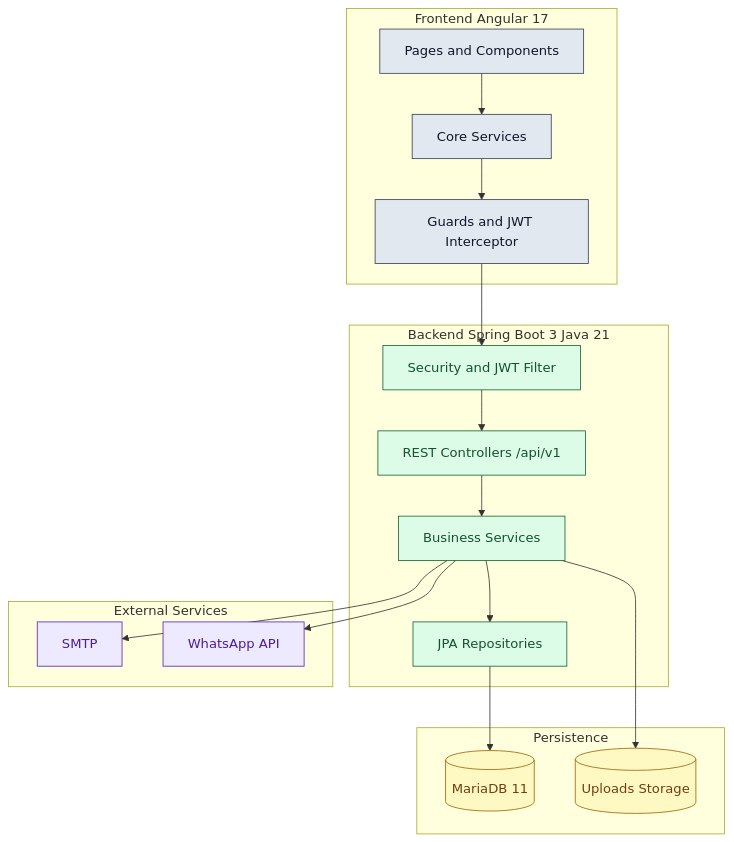
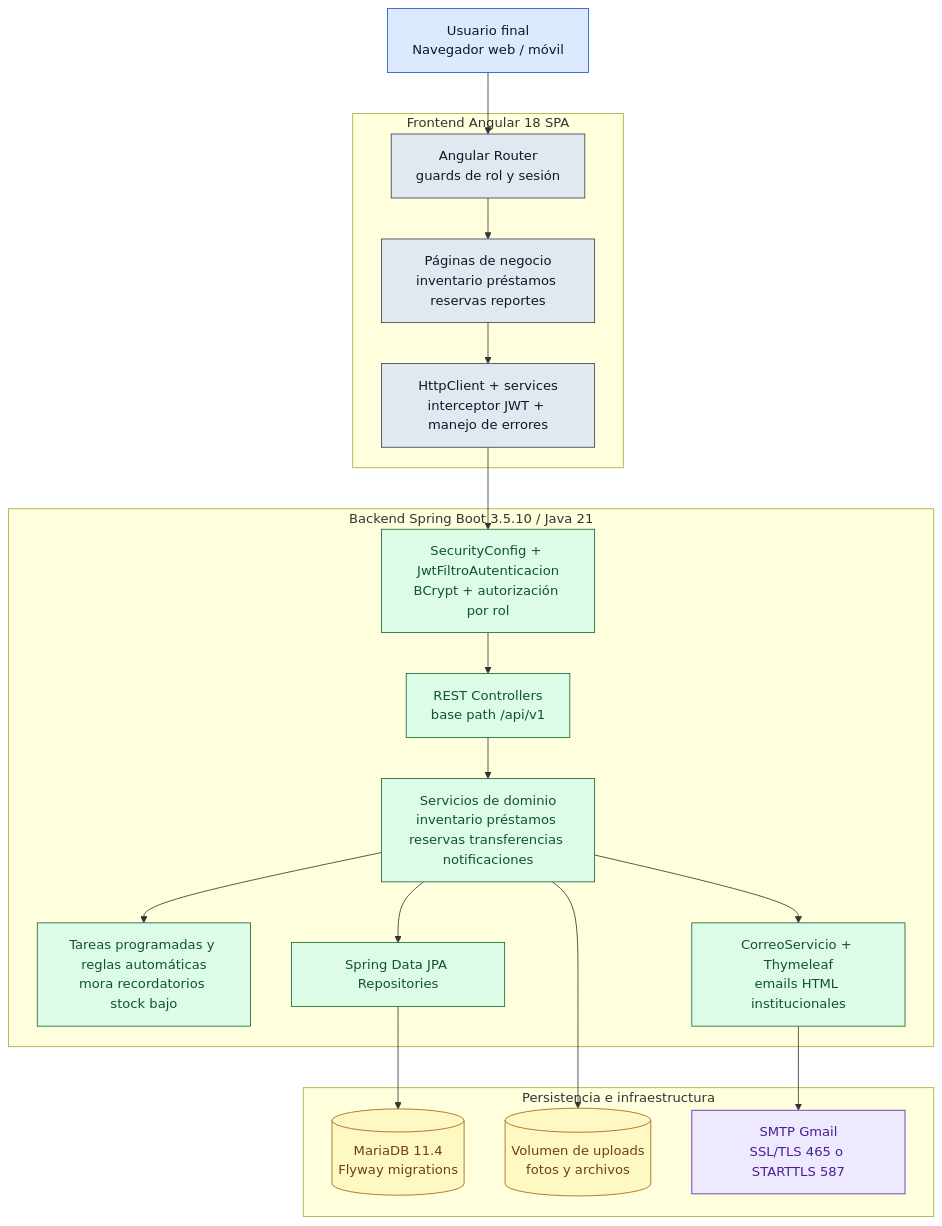
One commit to camilo146/SIGEA changed the first of 11 diagrams in docs/sigea-diagramas-fuentes.md. Above: the diagram before and after it, drawn with Mermaid. The commit also changed other lines of this file and 20 other files, not shown here.

````diff
--- a/docs/sigea-diagramas-fuentes.md
+++ b/docs/sigea-diagramas-fuentes.md
@@ -5,36 +5,39 @@
 ```mermaid
 flowchart TB
+    classDef client fill:#dbeafe,stroke:#1d4ed8,color:#0f172a
     classDef fe fill:#e2e8f0,stroke:#334155,color:#0f172a
     classDef be fill:#dcfce7,stroke:#166534,color:#14532d
-    classDef db fill:#fef9c3,stroke:#a16207,color:#713f12
-    classDef ex fill:#ede9fe,stroke:#5b21b6,color:#4c1d95
+    classDef data fill:#fef9c3,stroke:#a16207,color:#713f12
+    classDef infra fill:#ede9fe,stroke:#5b21b6,color:#4c1d95
 
-    subgraph FRONTEND[Frontend Angular 17]
-        FE_PAGES[Pages and Components]:::fe
-        FE_SERV[Core Services]:::fe
-        FE_GUARD[Guards and JWT Interceptor]:::fe
+    USER[Usuario final<br/>Navegador web / móvil]:::client
+
+    subgraph FE[Frontend Angular 18 SPA]
+        ROUTER[Angular Router<br/>guards de rol y sesión]:::fe
+        PAGES[Páginas de negocio<br/>inventario préstamos reservas reportes]:::fe
+        CORE[HttpClient + services<br/>interceptor JWT + manejo de errores]:::fe
     end
 
-    subgraph BACKEND[Backend Spring Boot 3 Java 21]
-        BE_SEC[Security and JWT Filter]:::be
-        BE_CTRL[REST Controllers /api/v1]:::be
-        BE_SVC[Business Services]:::be
-        BE_REPO[JPA Repositories]:::be
+    subgraph API[Backend Spring Boot 3.5.10 / Java 21]
+        SEC[SecurityConfig + JwtFiltroAutenticacion<br/>BCrypt + autorización por rol]:::be
+        CTRL[REST Controllers<br/>base path /api/v1]:::be
+        SVC[Servicios de dominio<br/>inventario préstamos reservas transferencias notificaciones]:::be
+        JOBS[Tareas programadas y reglas automáticas<br/>mora recordatorios stock bajo]:::be
+        REPO[Spring Data JPA Repositories]:::be
+        MAIL[CorreoServicio + Thymeleaf<br/>emails HTML institucionales]:::be
     end
 
-    subgraph DATA[Persistence]
-        DB[(MariaDB 11)]:::db
-        FS[(Uploads Storage)]:::db
+    subgraph PERSIST[Persistencia e infraestructura]
+        DB[(MariaDB 11.4<br/>Flyway migrations)]:::data
+        UP[(Volumen de uploads<br/>fotos y archivos)]:::data
+        SMTP[SMTP Gmail<br/>SSL/TLS 465 o STARTTLS 587]:::infra
     end
 
-    subgraph EXT[External Services]
-        SMTP[SMTP]:::ex
-        WA[WhatsApp API]:::ex
-    end
-
-    FE_PAGES --> FE_SERV --> FE_GUARD --> BE_SEC
-    BE_SEC --> BE_CTRL --> BE_SVC --> BE_REPO --> DB
-    BE_SVC --> FS
-    BE_SVC --> SMTP
-    BE_SVC --> WA
+    USER --> ROUTER
+    ROUTER --> PAGES --> CORE
+    CORE --> SEC --> CTRL --> SVC
+    SVC --> REPO --> DB
+    SVC --> JOBS
+    SVC --> MAIL --> SMTP
+    SVC --> UP
 ```
````
